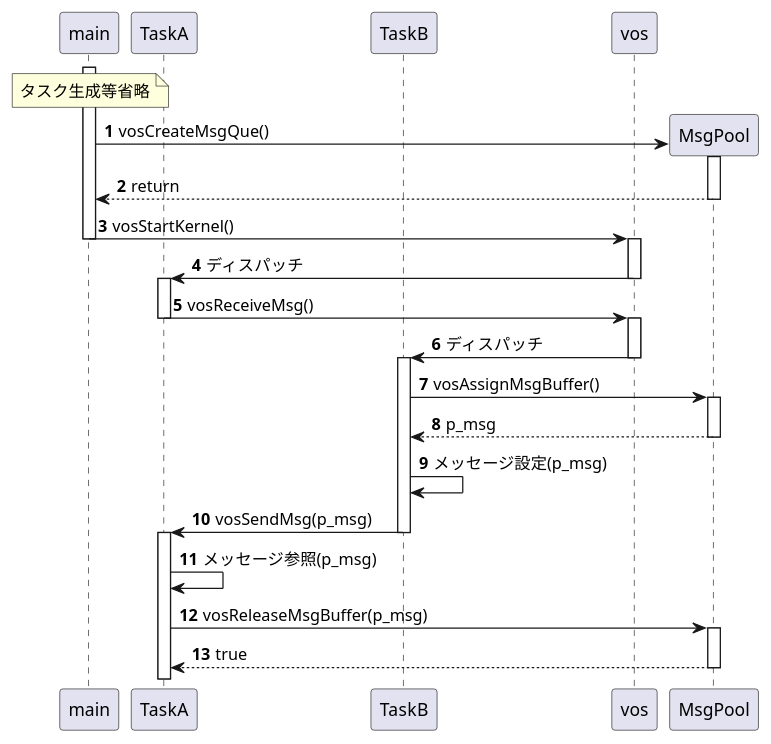
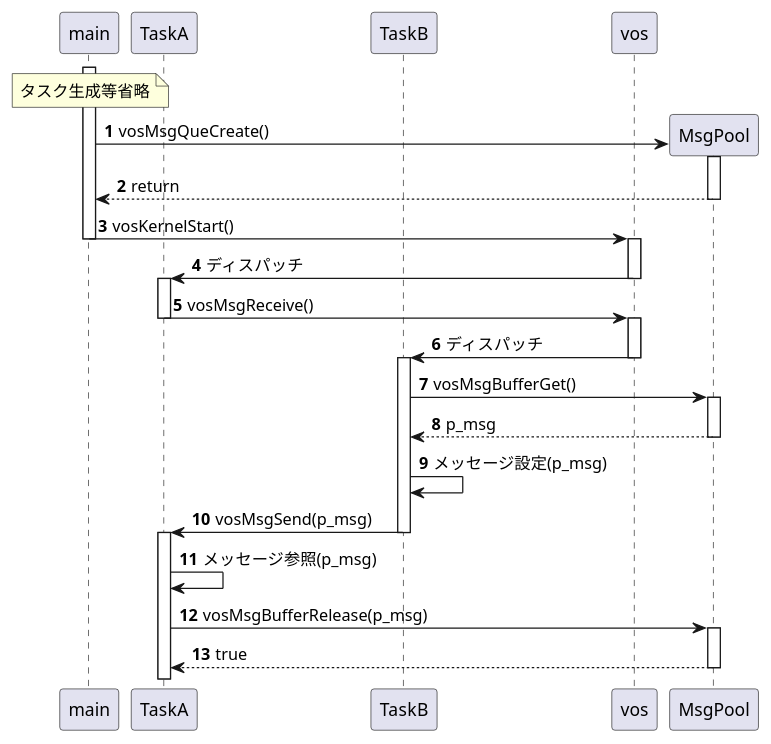
The second of 2 diagrams in README.md (Sadohara5511/STM32_VOS), drawn with PlantUML before and after one commit. The commit also changed other lines of this file, not shown here.

````diff
--- a/README.md
+++ b/README.md
@@ -377,64 +833,64 @@
 ```plantuml
 @startuml
 autonumber
 
 participant "main" as main
 participant "TaskA" as task1
 participant "TaskB" as task2
 participant "vos" as vos
 create participant "MsgPool" as pool
 
 activate main
 note over main : タスク生成等省略
 
-' 1. メイン関数は、vosCreateMsgQue()メッセージプール生成する。
-main -> pool : vosCreateMsgQue()
+' 1. メイン関数は、vosMsgQueCreate()メッセージプール生成する。
+main -> pool : vosMsgQueCreate()
 activate pool
 pool --> main : return
 deactivate pool
 
-' 2. メイン関数は、vosStartKernel()する。
-main -> vos : vosStartKernel()
+' 2. メイン関数は、vosKernelStart()する。
+main -> vos : vosKernelStart()
 deactivate main
 activate vos
 
-' 3. vosStartKernel()内でメイン関数からタスクAにディスパッチする。
+' 3. vosKernelStart()内でメイン関数からタスクAにディスパッチする。
 vos -> task1 : ディスパッチ
 deactivate vos
 activate task1
 
-' 4. タスクAは、vosReceiveMsg()メッセージ受信待ちする。
-task1 -> vos : vosReceiveMsg()
+' 4. タスクAは、vosMsgReceive()メッセージ受信待ちする。
+task1 -> vos : vosMsgReceive()
 deactivate task1
 activate vos
 
 ' 5. タスクAからタスクBにディスパッチする
 vos -> task2 : ディスパッチ
 deactivate vos
 activate task2
 
 ' 6. タスクAは、vosAssignMsgBuff()メッセージプールからメッセージ領域を取得する。
-task2 -> pool : vosAssignMsgBuffer()
+task2 -> pool : vosMsgBufferGet()
 activate pool
 pool --> task2 : p_msg
 deactivate pool
 
 ' 7. タスクAは、setMsg()メッセージにデータを格納する。
 task2 -> task2 : メッセージ設定(p_msg)
 
-' 8. タスクAは、vosSendMsg()タスクAにメッセージ送信する。
-task2 -> task1 : vosSendMsg(p_msg)
+' 8. タスクAは、vosMsgSend()タスクAにメッセージ送信する。
+task2 -> task1 : vosMsgSend(p_msg)
 deactivate task2
 activate task1
 
 ' 9. タスクBは、referenceMsg()メッセージのデータを参照する。
 task1 -> task1 : メッセージ参照(p_msg)
 
 ' 10. タスクBは、vosReleaseMsgBuff()メッセージプールにメッセージをリリースする。
-task1 -> pool : vosReleaseMsgBuffer(p_msg)
+task1 -> pool : vosMsgBufferRelease(p_msg)
 activate pool
 pool --> task1 : true
 deactivate pool
 
 @enduml
 ```
````
